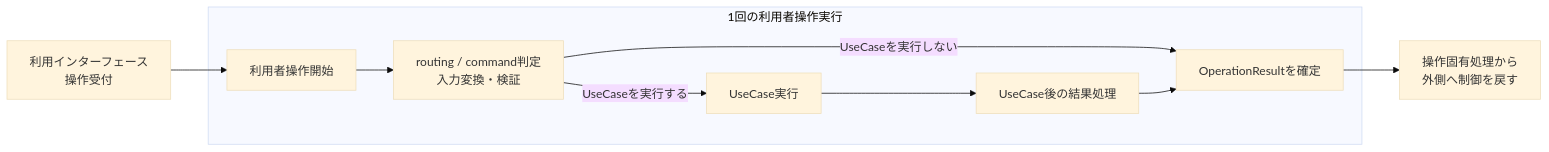
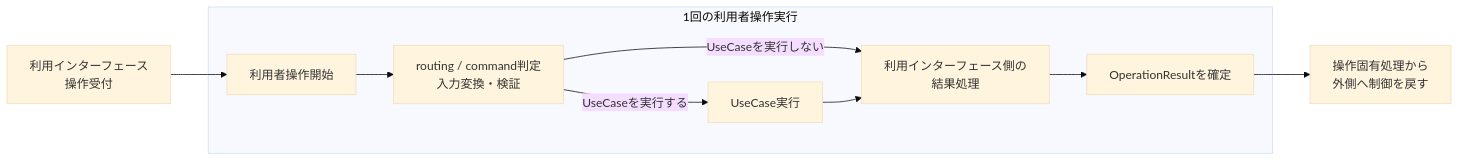
One commit to takashit16833/RAGScope changed the diagram in project-docs/design/利用者操作実行設計.md. Above: the diagram before and after it, drawn with Mermaid (base theme). The commit also changed other lines of this file, not shown here.

Commit message:
docs: clarify user operation execution flow

````diff
--- a/project-docs/design/利用者操作実行設計.md
+++ b/project-docs/design/利用者操作実行設計.md
@@ -17,14 +17,14 @@
 ```mermaid
 flowchart LR
     Accept["利用インターフェース<br>操作受付"] --> Start["利用者操作開始"]
 
     subgraph Operation["1回の利用者操作実行"]
         Start --> Pre["routing / command判定<br>入力変換・検証"]
         Pre -->|"UseCaseを実行する"| UseCase["UseCase実行"]
-        Pre -->|"UseCaseを実行しない"| Result["OperationResultを確定"]
-        UseCase --> Post["UseCase後の結果処理"]
-        Post --> Result
+        Pre -->|"UseCaseを実行しない"| After["利用インターフェース側の<br>結果処理"]
+        UseCase --> After
+        After --> Result["OperationResultを確定"]
     end
 
     Result --> Return["操作固有処理から<br>外側へ制御を戻す"]
 ```
````
